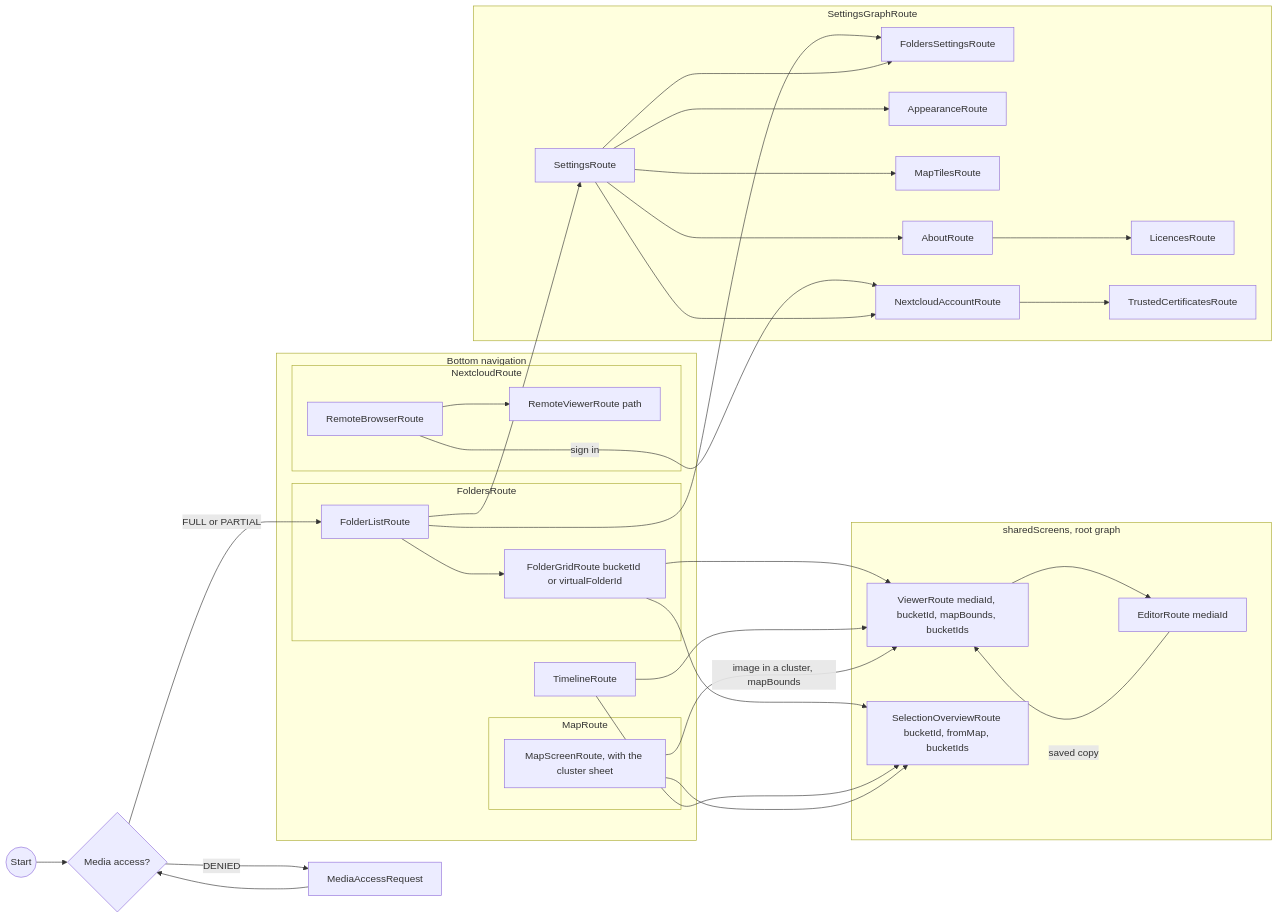
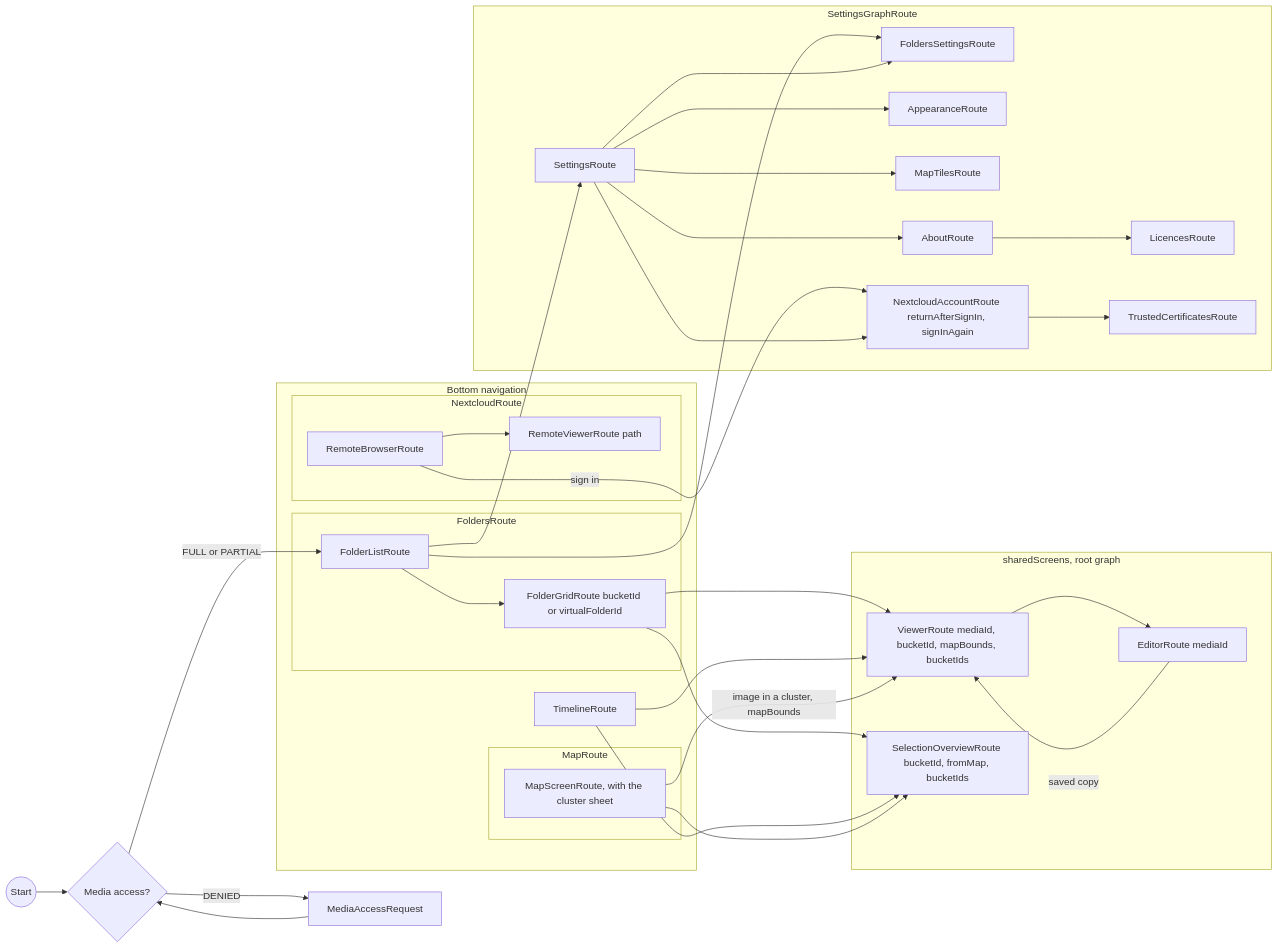
Before and after one commit to drehtuer/NextGalleryApp: diagram 14 of 14 in docs/ARCHITECTURE.md, drawn with Mermaid. The commit also changed other lines of this file and 6 other files, not shown here.

````diff
--- a/docs/ARCHITECTURE.md
+++ b/docs/ARCHITECTURE.md
@@ -940,62 +942,62 @@
 ```mermaid
 flowchart LR
     start(("Start")) --> perm{"Media access?"}
     perm -- "DENIED" --> AccessRequest["MediaAccessRequest"]
     AccessRequest --> perm
     perm -- "FULL or PARTIAL" --> FolderList
 
     subgraph TopLevel["Bottom navigation"]
         subgraph FoldersGraph["FoldersRoute"]
             FolderList["FolderListRoute"]
             FolderGrid["FolderGridRoute bucketId or virtualFolderId"]
         end
         Timeline["TimelineRoute"]
         subgraph MapGraph["MapRoute"]
             MapScreen["MapScreenRoute, with the cluster sheet"]
         end
         subgraph NextcloudGraph["NextcloudRoute"]
             RemoteBrowser["RemoteBrowserRoute"]
             RemoteViewer["RemoteViewerRoute path"]
         end
     end
 
     subgraph Shared["sharedScreens, root graph"]
         Viewer["ViewerRoute mediaId, bucketId, mapBounds, bucketIds"]
         Editor["EditorRoute mediaId"]
         SelOverview["SelectionOverviewRoute bucketId, fromMap, bucketIds"]
     end
 
     subgraph SettingsGraph["SettingsGraphRoute"]
         Settings["SettingsRoute"]
         FoldersSettings["FoldersSettingsRoute"]
         Appearance["AppearanceRoute"]
         MapTiles["MapTilesRoute"]
         About["AboutRoute"]
         Licences["LicencesRoute"]
-        Account["NextcloudAccountRoute"]
+        Account["NextcloudAccountRoute returnAfterSignIn, signInAgain"]
         Certs["TrustedCertificatesRoute"]
     end
 
     FolderList --> FolderGrid
     FolderGrid --> Viewer
     Timeline --> Viewer
     MapScreen -- "image in a cluster, mapBounds" --> Viewer
     Viewer --> Editor
     Editor -- "saved copy" --> Viewer
     FolderGrid --> SelOverview
     Timeline --> SelOverview
     MapScreen --> SelOverview
 
     RemoteBrowser --> RemoteViewer
     RemoteBrowser -- "sign in" --> Account
 
     FolderList --> Settings
     FolderList --> FoldersSettings
     Settings --> FoldersSettings
     Settings --> Appearance
     Settings --> MapTiles
     Settings --> About
     About --> Licences
     Settings --> Account
     Account --> Certs
 ```
````
